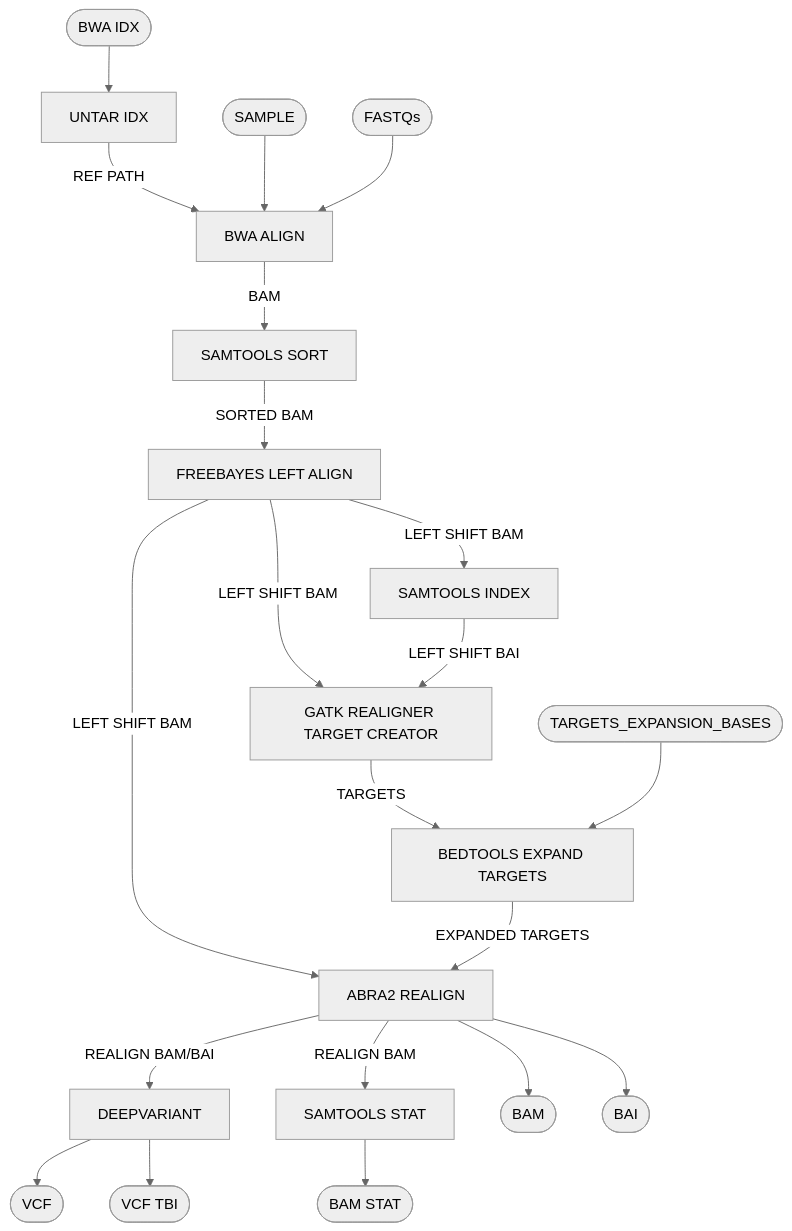
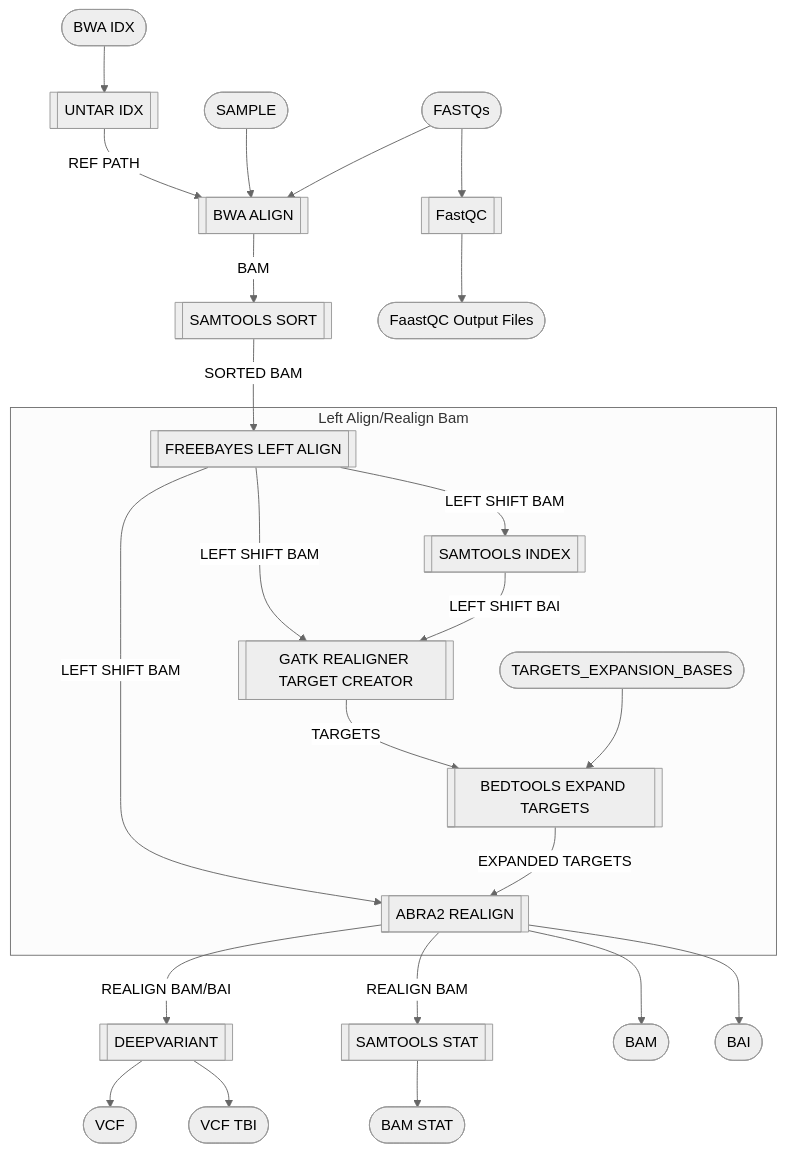
Before and after one commit to twlab/cig-pipelines: the diagram in wdl/pipelines/genome/wgs.doc.md, drawn with Mermaid (neutral theme). The commit also changed other lines of this file, not shown here.

````diff
--- a/wdl/pipelines/genome/wgs.doc.md
+++ b/wdl/pipelines/genome/wgs.doc.md
@@ -6,37 +6,42 @@
 ```mermaid
-  flowchart TB;
-      i1([SAMPLE])
-      i2([FASTQs]);
-      i3([BWA IDX]);
-      i4([TARGETS_EXPANSION_BASES])
+flowchart TB;
+  i1([SAMPLE])
+  i2([FASTQs]);
+  i3([BWA IDX]);
+  i4([TARGETS_EXPANSION_BASES])
+  s0[[FastQC]];
+  s1[[UNTAR IDX]];
+  s2[[BWA ALIGN]];
+  s3[[SAMTOOLS SORT]];
+  s4[[FREEBAYES LEFT ALIGN]];
+  s5[[SAMTOOLS INDEX]];
+  s6[[GATK REALIGNER TARGET CREATOR]];
+  s7[[BEDTOOLS EXPAND TARGETS]];
+  s8[[ABRA2 REALIGN]];
+  s9[[DEEPVARIANT]];
+  s10[[SAMTOOLS STAT]];
 
-      s1[UNTAR IDX];
-      s2[BWA ALIGN];
-      s3[SAMTOOLS SORT];
-      s4[FREEBAYES LEFT ALIGN];
-      s5[SAMTOOLS INDEX];
-      s6[GATK REALIGNER TARGET CREATOR];
-      s7[BEDTOOLS EXPAND TARGETS];
-      s8[ABRA2 REALIGN];
-      s9[DEEPVARIANT];
-      s10[SAMTOOLS STAT];
+  o0([FaastQC Output Files])
+  o1([BAM])
+  o2([BAI])
+  o3([BAM STAT])
+  o4([VCF])
+  o5([VCF TBI])
 
-      o1([BAM])
-      o2([BAI])
-      o3([BAM STAT])
-      o4([VCF])
-      o5([VCF TBI])
+  i2-->s0;
+  i3-->s1;
+  s1--REF PATH-->s2; i1-->s2; i2-->s2;
+  s2--BAM-->s3;
+  s3--SORTED BAM-->s4;
 
-      i3-->s1;
-      s1--REF PATH-->s2; i1-->s2; i2-->s2;
-      s2--BAM-->s3;
-      s3--SORTED BAM-->s4;
-      s4--LEFT SHIFT BAM-->s5;
-      s4--LEFT SHIFT BAM-->s6; s5--LEFT SHIFT BAI-->s6;
-      s6--TARGETS-->s7; i4-->s7;
-      s4--LEFT SHIFT BAM-->s8; s7--EXPANDED TARGETS-->s8;
-      s8--REALIGN BAM/BAI-->s9;
-      s8--REALIGN BAM-->s10;
-      
-      s8-->o1; s8-->o2; s9-->o4; s9-->o5; s10-->o3;
+  subgraph sg1 [Left Align/Realign Bam]
+    s4--LEFT SHIFT BAM-->s5;
+    s4--LEFT SHIFT BAM-->s6; s5--LEFT SHIFT BAI-->s6;
+    s6--TARGETS-->s7; i4-->s7;
+    s4--LEFT SHIFT BAM-->s8; s7--EXPANDED TARGETS-->s8;
+  end;
+  s8--REALIGN BAM/BAI-->s9;
+  s8--REALIGN BAM-->s10;
+
+  s0-->o0; s8-->o1; s8-->o2; s9-->o4; s9-->o5; s10-->o3;
 ```
````
